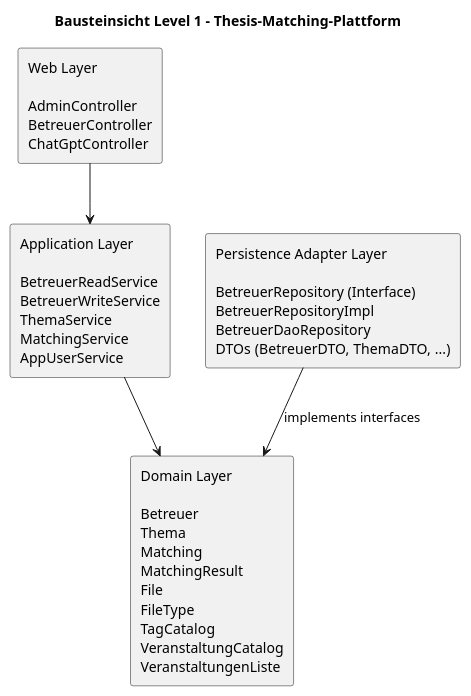
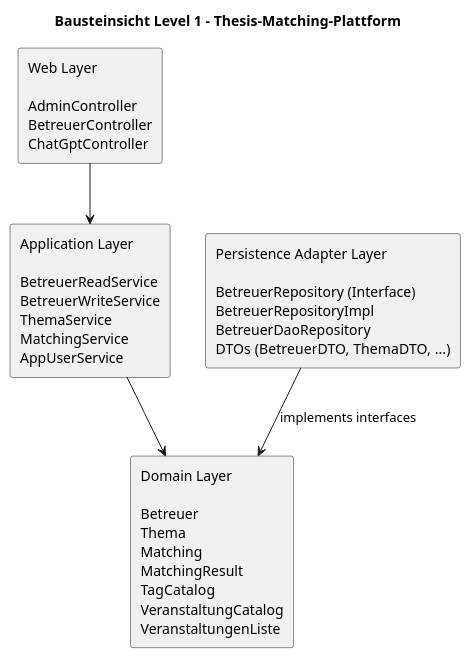
Before and after one commit to AchilovMirzojafar/ThesisMatch: the diagram in docs/diagrams/building-blocks-l1.puml, drawn with PlantUML. The commit also changed 1 other file, not shown here.

Commit message:
Add arc42 documentation and PlantUML diagrams

```diff
--- a/docs/diagrams/building-blocks-l1.puml
+++ b/docs/diagrams/building-blocks-l1.puml
@@ -1,18 +1,18 @@
 @startuml
 title Bausteinsicht Level 1 – Thesis-Matching-Plattform
 skinparam shadowing false
 top to bottom direction
 
 rectangle "Web Layer\n\nAdminController\nBetreuerController\nChatGptController" as Web
 
 rectangle "Application Layer\n\nBetreuerReadService\nBetreuerWriteService\nThemaService\nMatchingService\nAppUserService" as App
 
-rectangle "Domain Layer\n\nBetreuer\nThema\nMatching\nMatchingResult\nFile\nFileType\nTagCatalog\nVeranstaltungCatalog\nVeranstaltungenListe" as Domain
+rectangle "Domain Layer\n\nBetreuer\nThema\nMatching\nMatchingResult\nTagCatalog\nVeranstaltungCatalog\nVeranstaltungenListe" as Domain
 
 rectangle "Persistence Adapter Layer\n\nBetreuerRepository (Interface)\nBetreuerRepositoryImpl\nBetreuerDaoRepository\nDTOs (BetreuerDTO, ThemaDTO, ...)" as Persistence
 
 Web --> App
 App --> Domain
 Persistence --> Domain : implements interfaces
 
 @enduml
```
